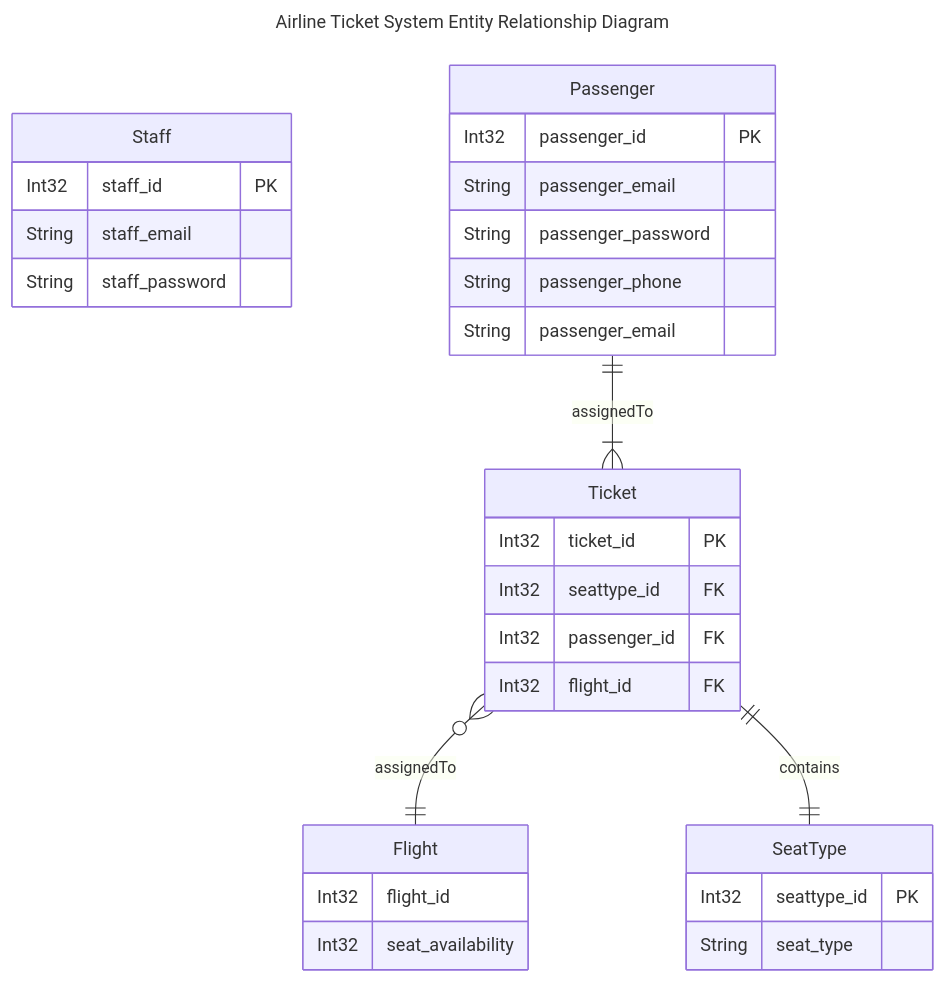
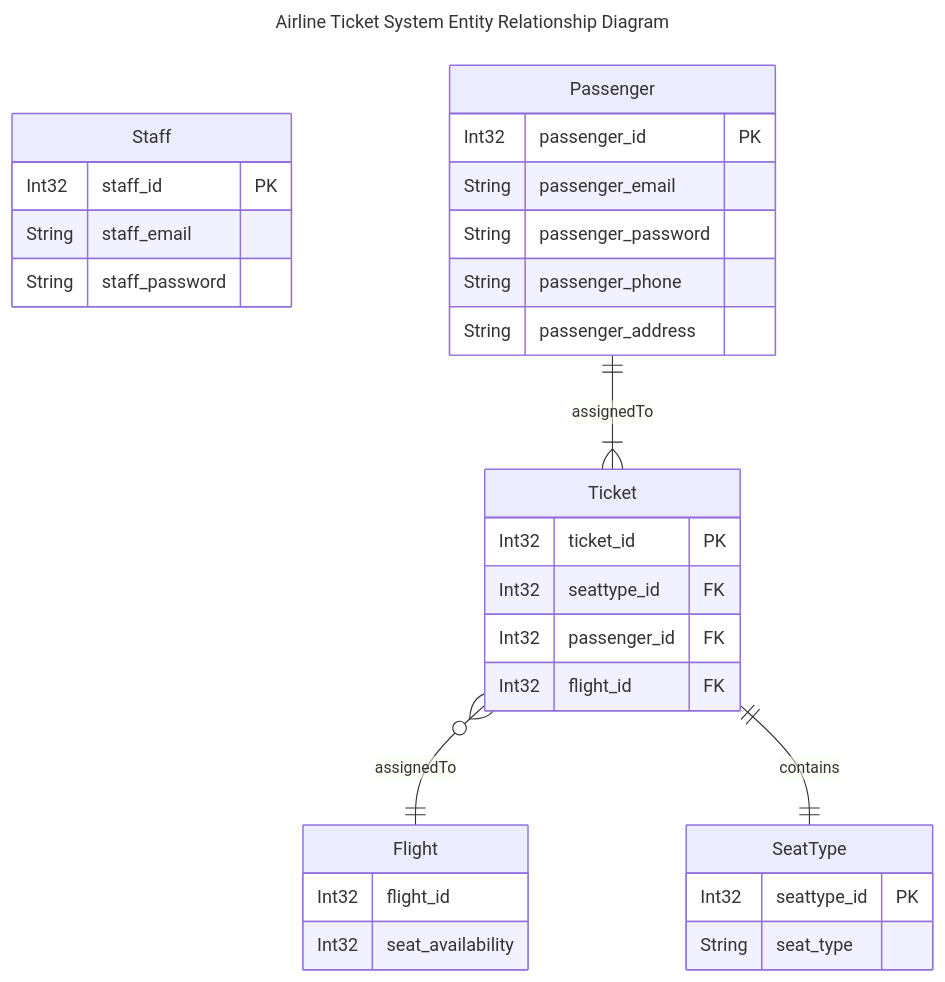
Before and after one commit to 4lex16/AppDevProject: the diagram in docs/Diagrams/ERD.md, drawn with Mermaid. The commit also changed 153 other files, not shown here.

````diff
--- a/docs/Diagrams/ERD.md
+++ b/docs/Diagrams/ERD.md
@@ -4,44 +4,44 @@
 ```mermaid
 ---
 title: Airline Ticket System Entity Relationship Diagram
 ---
 erDiagram
     %% Staff will be created by "Admin" (outside of our program)
     Staff {
         Int32 staff_id PK
         String staff_email
         String staff_password
     }
     
     Passenger {
         Int32 passenger_id PK
         String passenger_email
         String passenger_password
         String passenger_phone
-        String passenger_email
+        String passenger_address
     }
 
     %% Flight will be created by "Admin" (outside of our program)
     Flight {
         Int32 flight_id
         Int32 seat_availability
     }
 
     
 
     Ticket {
         Int32 ticket_id PK
         Int32 seattype_id FK
         Int32 passenger_id FK
         Int32 flight_id FK
     }
 
     SeatType {
         Int32 seattype_id PK
         String seat_type
     }
 
     Passenger ||--|{ Ticket : assignedTo
     Ticket }o--|| Flight: assignedTo
     Ticket ||--|| SeatType: contains
 ```
````
